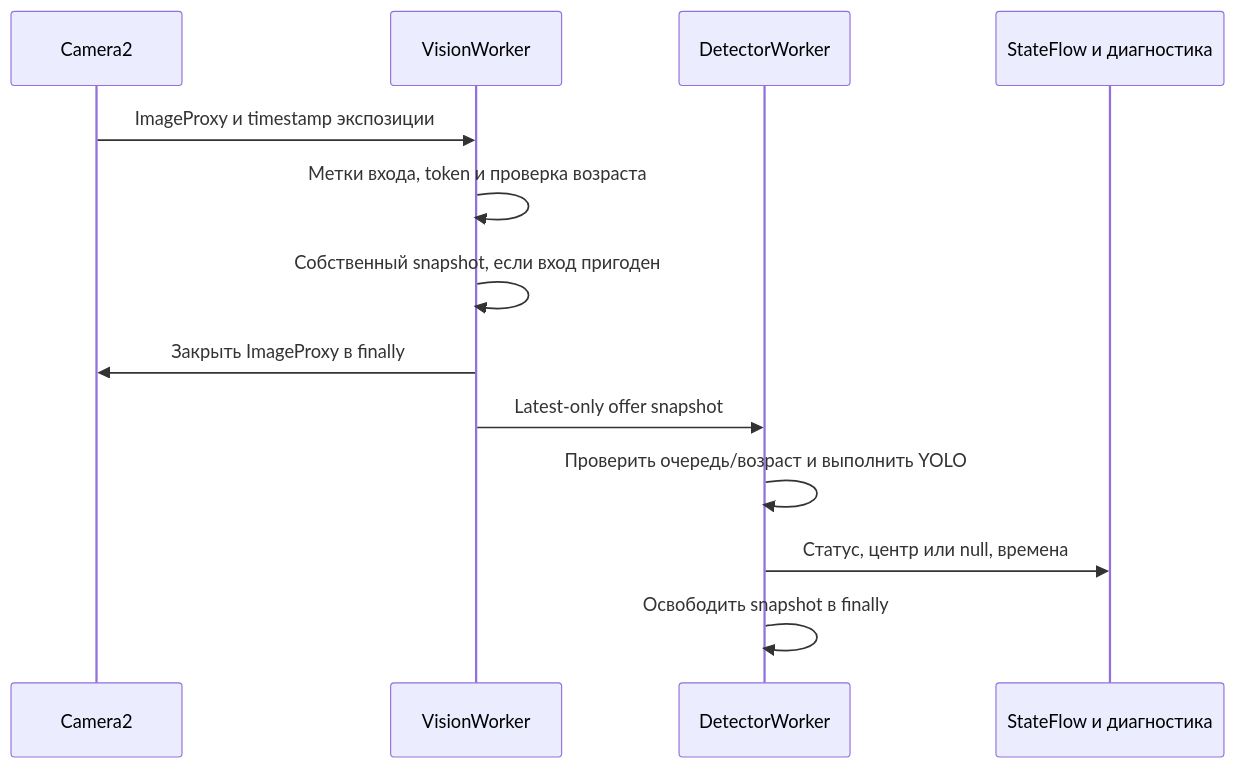
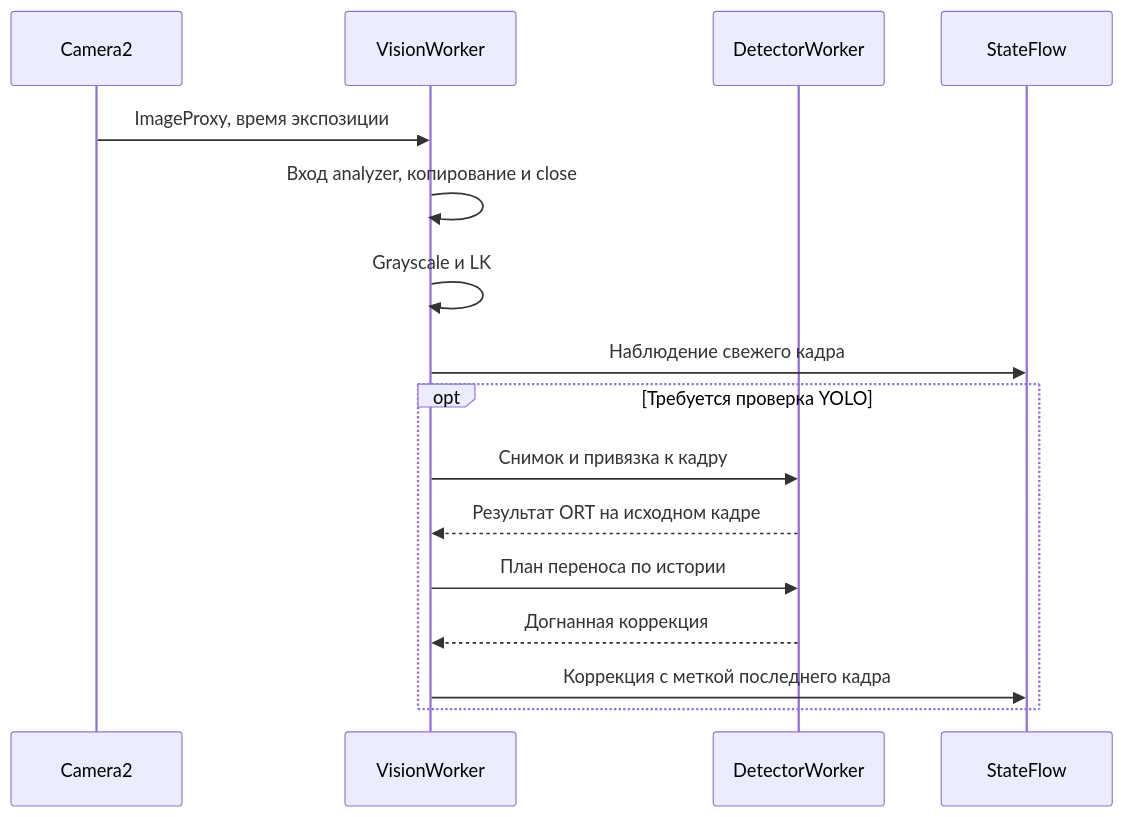
The diagram in docs/guides/latency-and-prediction.md (Kr1st10/drone-cv-android-prototype), drawn with Mermaid before and after one commit. The commit also changed other lines of this file and 34 other files, not shown here.

````diff
--- a/docs/guides/latency-and-prediction.md
+++ b/docs/guides/latency-and-prediction.md
@@ -31,15 +17,18 @@
 ```mermaid
 sequenceDiagram
     participant C as Camera2
     participant A as VisionWorker
     participant W as DetectorWorker
-    participant S as StateFlow и диагностика
-    C->>A: ImageProxy и timestamp экспозиции
-    A->>A: Метки входа, token и проверка возраста
-    A->>A: Собственный snapshot, если вход пригоден
-    A->>C: Закрыть ImageProxy в finally
-    A->>W: Latest-only offer snapshot
-    W->>W: Проверить очередь/возраст и выполнить YOLO
-    W->>S: Статус, центр или null, времена
-    W->>W: Освободить snapshot в finally
+    participant S as StateFlow
+    C->>A: ImageProxy, время экспозиции
+    A->>A: Вход analyzer, копирование и close
+    A->>A: Grayscale и LK
+    A->>S: Наблюдение свежего кадра
+    opt Требуется проверка YOLO
+        A->>W: Снимок и привязка к кадру
+        W-->>A: Результат ORT на исходном кадре
+        A->>W: План переноса по истории
+        W-->>A: Догнанная коррекция
+        A->>S: Коррекция с меткой последнего кадра
+    end
 ```
````
